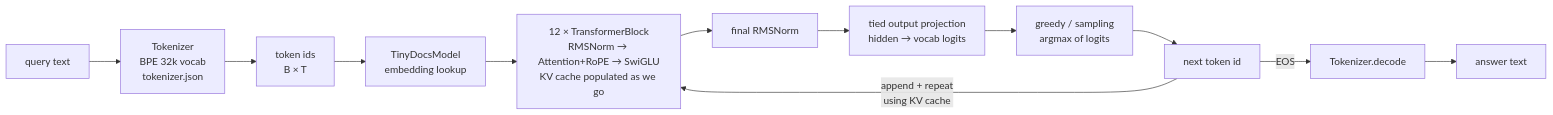
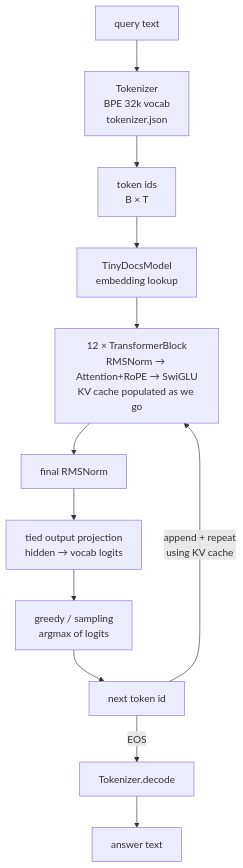
The fourth of 4 diagrams in SUMMARY.md (Michaeltym/python-doc-assistant), drawn with Mermaid before and after one commit. The commit also changed other lines of this file and 7 other files, not shown here.

First line of the commit message:
docs: pre-publish cleanup — drop personal path, stale sections, fix mermaid orientation + nested fence, document Bernoulli sampler

````diff
--- a/SUMMARY.md
+++ b/SUMMARY.md
@@ -209,14 +209,14 @@
 ```mermaid
-flowchart LR
+flowchart TB
   Q[query text] --> TOK[Tokenizer<br/>BPE 32k vocab<br/>tokenizer.json]
   TOK --> IDS[token ids<br/>B × T]
   IDS --> EMB[TinyDocsModel<br/>embedding lookup]
   EMB --> BLOCKS[12 × TransformerBlock<br/>RMSNorm → Attention+RoPE → SwiGLU<br/>KV cache populated as we go]
   BLOCKS --> NORM[final RMSNorm]
   NORM --> HEAD[tied output projection<br/>hidden → vocab logits]
   HEAD --> SAMPLE[greedy / sampling<br/>argmax of logits]
   SAMPLE --> NEXT[next token id]
   NEXT -->|append + repeat<br/>using KV cache| BLOCKS
   NEXT -->|EOS| DETOK[Tokenizer.decode]
   DETOK --> ANS[answer text]
 ```
````
